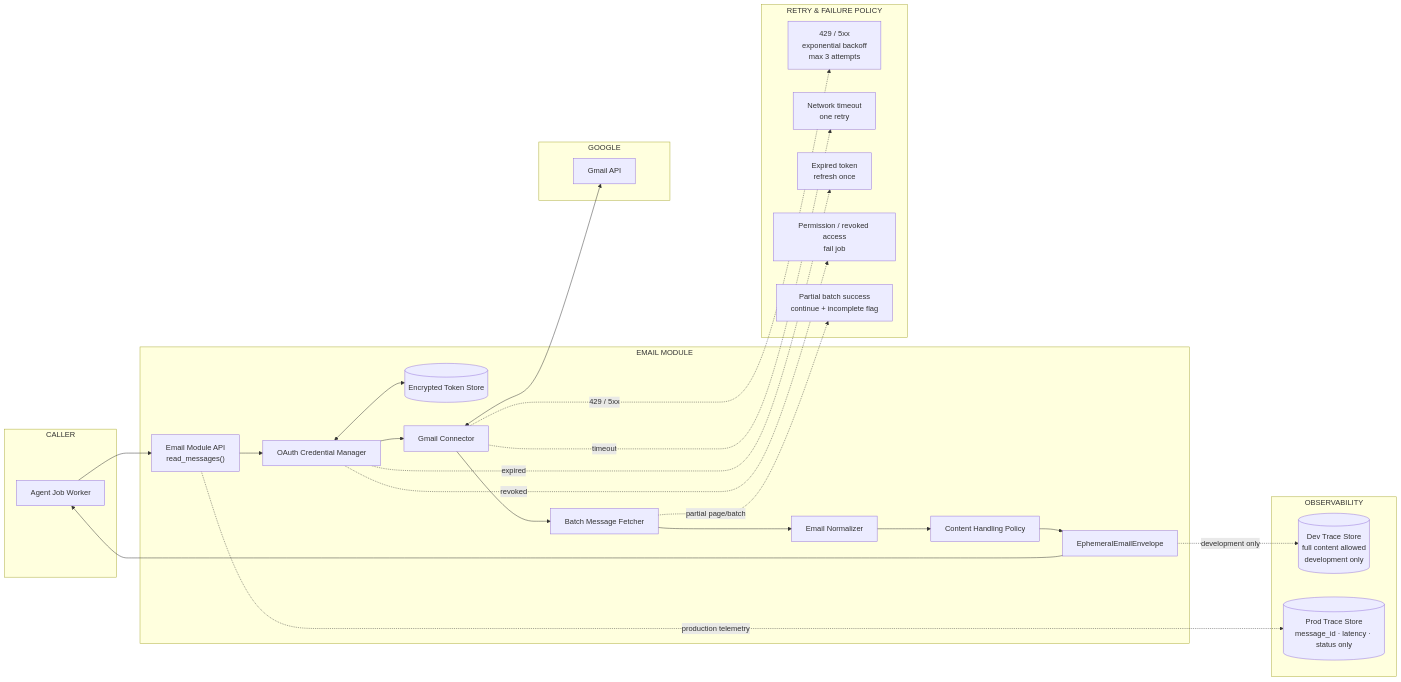
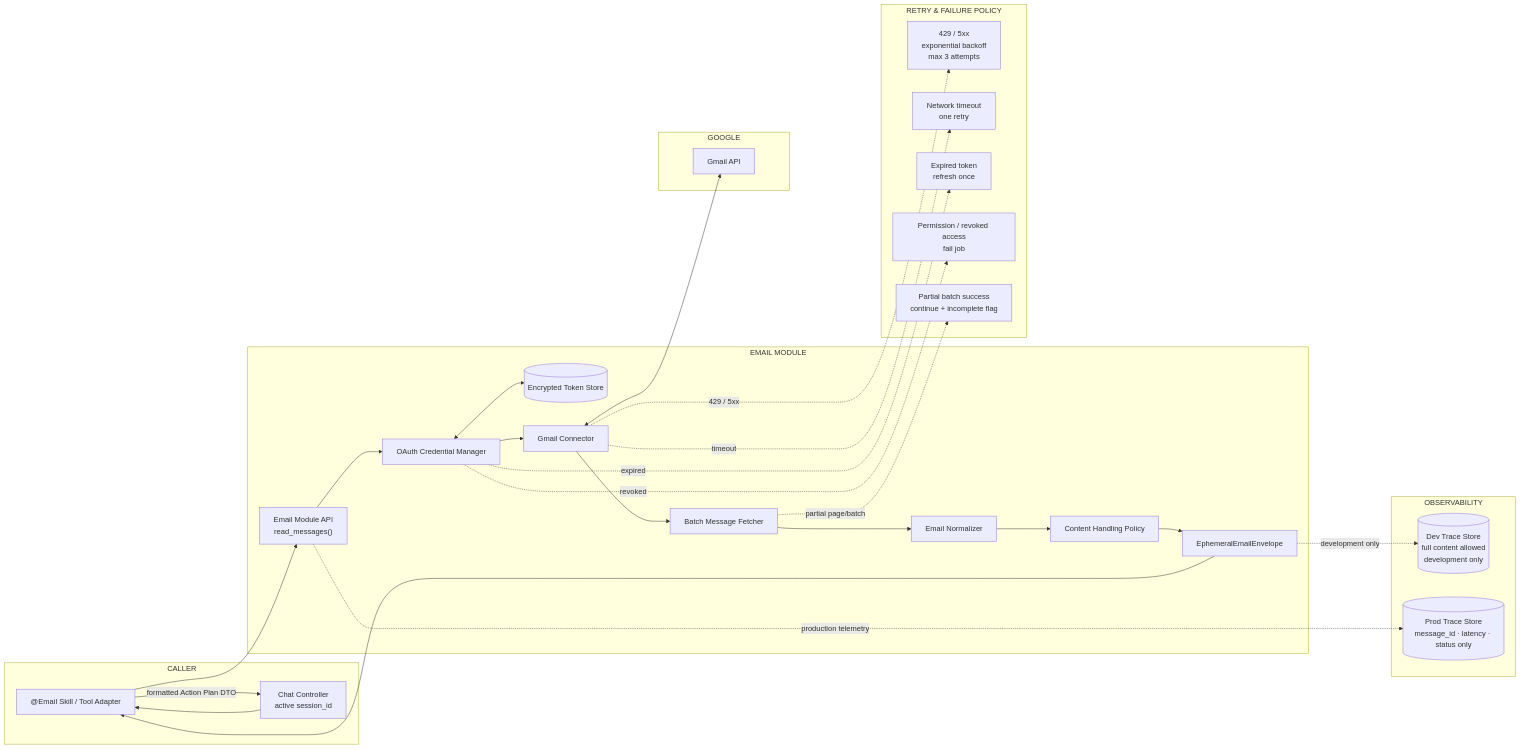
Before and after one commit to MathematicGuy/EMAIL-AGENT-v1: the second of 7 diagrams in docs/architectures/TARGET-ARCHITECTURE.md, drawn with Mermaid. The commit also changed other lines of this file, not shown here.

Commit message:
docs(architecture): center target on AI Chat

````diff
--- a/docs/architectures/TARGET-ARCHITECTURE.md
+++ b/docs/architectures/TARGET-ARCHITECTURE.md
@@ -232,55 +234,56 @@
 ```mermaid
 flowchart LR
 
     subgraph CALLER["CALLER"]
-        JOB["Agent Job Worker"]
+        TOOL["@Email Skill / Tool Adapter"]
+        CHAT["Chat Controller<br/>active session_id"]
     end
 
     subgraph EMAIL["EMAIL MODULE"]
         API["Email Module API<br/>read_messages()"]
         AUTH["OAuth Credential Manager"]
         TOKENS[("Encrypted Token Store")]
         CONNECTOR["Gmail Connector"]
         FETCH["Batch Message Fetcher"]
         NORMALIZER["Email Normalizer"]
         POLICY["Content Handling Policy"]
         RESULT["EphemeralEmailEnvelope"]
     end
 
     subgraph GOOGLE["GOOGLE"]
         GMAIL["Gmail API"]
     end
 
     subgraph RETRY["RETRY & FAILURE POLICY"]
         LIMIT["429 / 5xx<br/>exponential backoff<br/>max 3 attempts"]
         TIMEOUT["Network timeout<br/>one retry"]
         AUTHFAIL["Expired token<br/>refresh once"]
         PERMFAIL["Permission / revoked access<br/>fail job"]
         PARTIAL["Partial batch success<br/>continue + incomplete flag"]
     end
 
     subgraph TRACE["OBSERVABILITY"]
         DEVTRACE[("Dev Trace Store<br/>full content allowed<br/>development only")]
         PRODTRACE[("Prod Trace Store<br/>message_id · latency · status only")]
     end
 
-    JOB --> API
+    CHAT --> TOOL --> API
     API --> AUTH
     AUTH <--> TOKENS
     AUTH --> CONNECTOR
     CONNECTOR <--> GMAIL
     CONNECTOR --> FETCH
     FETCH --> NORMALIZER
     NORMALIZER --> POLICY
     POLICY --> RESULT
-    RESULT --> JOB
+    RESULT --> TOOL -->|formatted Action Plan DTO| CHAT
 
     CONNECTOR -. 429 / 5xx .-> LIMIT
     CONNECTOR -. timeout .-> TIMEOUT
     AUTH -. expired .-> AUTHFAIL
     AUTH -. revoked .-> PERMFAIL
     FETCH -. partial page/batch .-> PARTIAL
 
     RESULT -. development only .-> DEVTRACE
     API -. production telemetry .-> PRODTRACE
 ```
````
